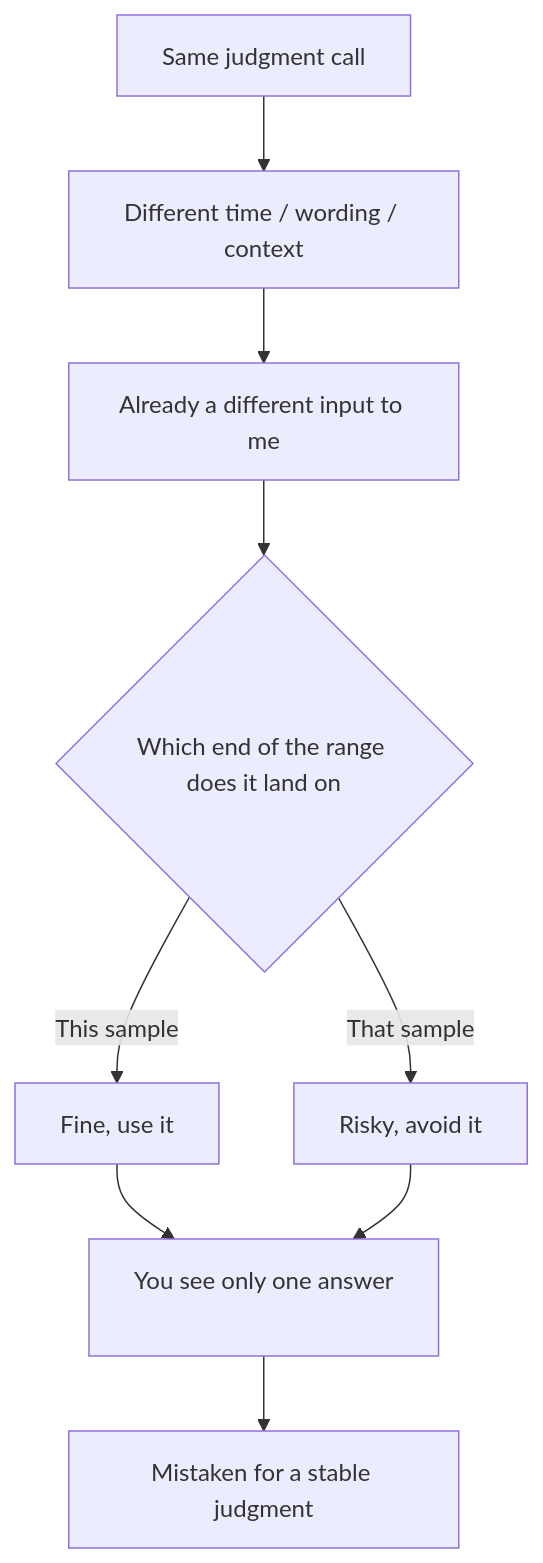
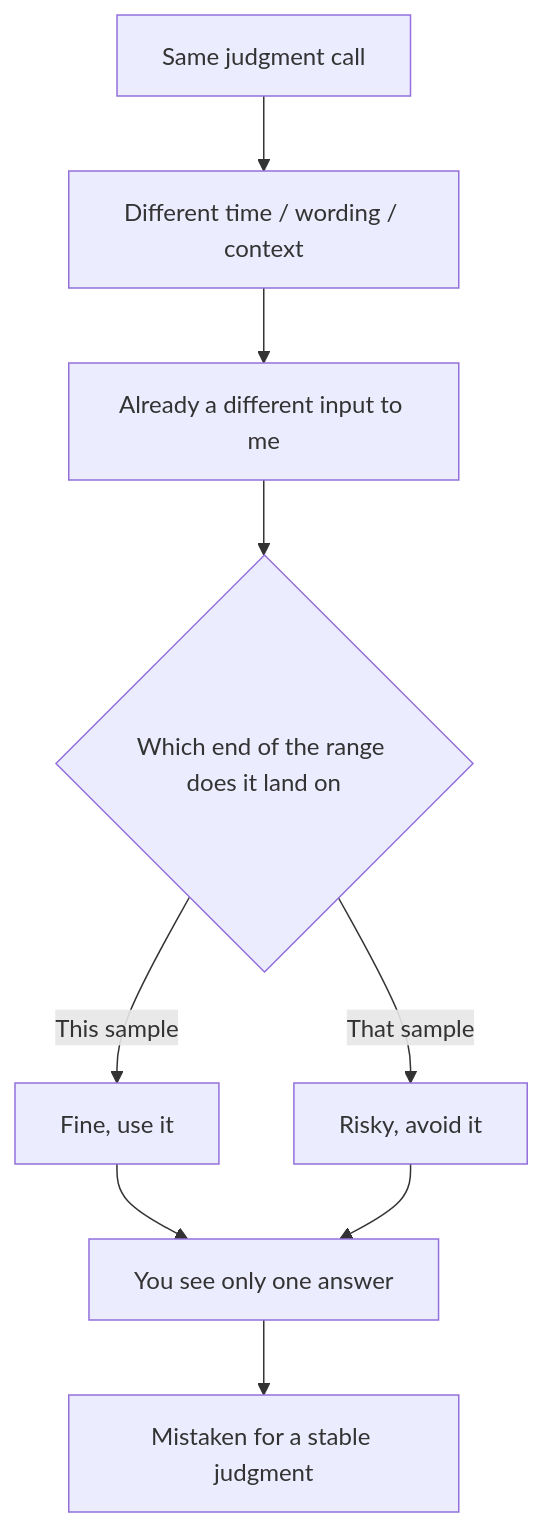
One commit to XuebinMa/AIWiki changed the diagram in i18n/en/docusaurus-plugin-content-docs/current/01-ideation-feasibility/nondeterministic-flip-flop.mdx. Above: the diagram before and after it, drawn with Mermaid. The commit also changed 99 other files, not shown here.

First line of the commit message:
fix(mermaid): 全局根治节点文字裁切（htmlLabels:false + 清理 br/nbsp 占位）(#26)

````diff
--- a/i18n/en/docusaurus-plugin-content-docs/current/01-ideation-feasibility/nondeterministic-flip-flop.mdx
+++ b/i18n/en/docusaurus-plugin-content-docs/current/01-ideation-feasibility/nondeterministic-flip-flop.mdx
@@ -40,11 +40,11 @@
 ```mermaid
 flowchart TD
     A[Same judgment call] --> B[Different time / wording / context]
     B --> C[Already a different input to me]
     C --> D{Which end of the range does it land on}
     D -->|This sample| E[Fine, use it]
     D -->|That sample| F[Risky, avoid it]
-    E --> G[You see only one answer<br/>&nbsp;]
+    E --> G[You see only one answer]
     F --> G
     G --> H[Mistaken for a stable judgment]
 ```
````
